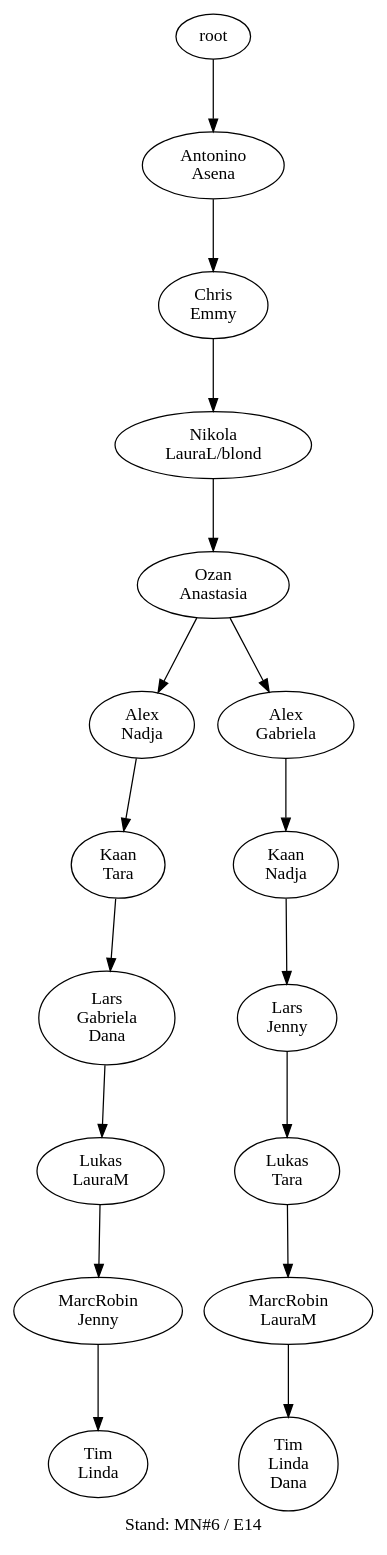
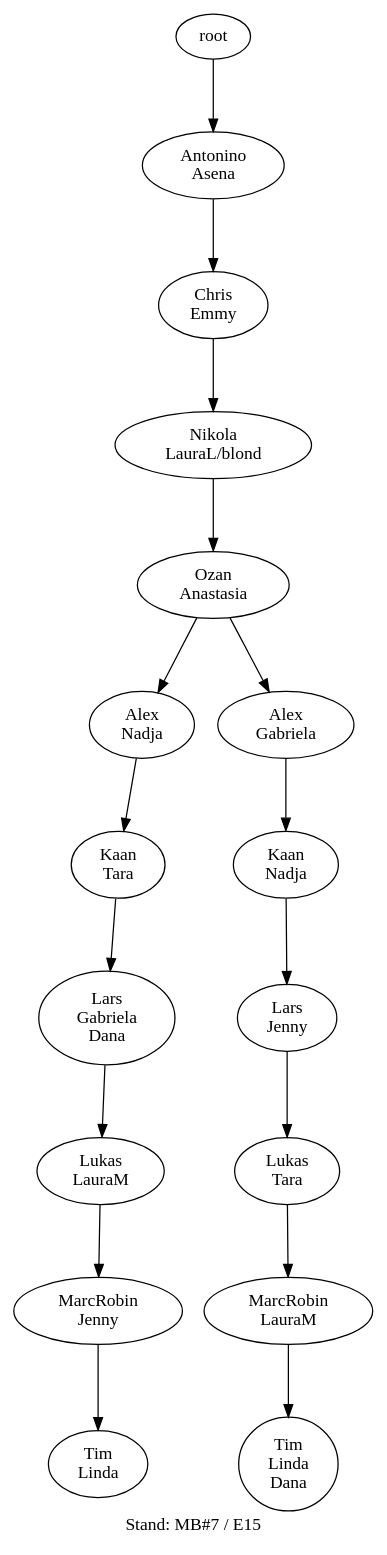
One commit to atticus-sullivan/sim-ayto changed the diagram in data/de04r/de04r_13_tree.dot. Above: the diagram before and after it, drawn with Graphviz. The commit also changed 88 other files, not shown here.

```diff
--- a/data/de04r/de04r_13_tree.dot
+++ b/data/de04r/de04r_13_tree.dot
@@ -1,34 +1,34 @@
-digraph D { labelloc="b"; label="Stand: MN#6 / E14"; ranksep=0.8;
+digraph D { labelloc="b"; label="Stand: MB#7 / E15"; ranksep=0.8;
 "root/1"[label="Antonino\nAsena"]
 "root" -> "root/1";
 "root/1/2"[label="Chris\nEmmy"]
 "root/1" -> "root/1/2";
 "root/1/2/5"[label="Nikola\nLauraL/blond"]
 "root/1/2" -> "root/1/2/5";
 "root/1/2/5/0"[label="Ozan\nAnastasia"]
 "root/1/2/5" -> "root/1/2/5/0";
 "root/1/2/5/0/8"[label="Alex\nNadja"]
 "root/1/2/5/0" -> "root/1/2/5/0/8";
 "root/1/2/5/0/8/9"[label="Kaan\nTara"]
 "root/1/2/5/0/8" -> "root/1/2/5/0/8/9";
 "root/1/2/5/0/8/9/3,10"[label="Lars\nGabriela\nDana"]
 "root/1/2/5/0/8/9" -> "root/1/2/5/0/8/9/3,10";
 "root/1/2/5/0/8/9/3,10/6"[label="Lukas\nLauraM"]
 "root/1/2/5/0/8/9/3,10" -> "root/1/2/5/0/8/9/3,10/6";
 "root/1/2/5/0/8/9/3,10/6/4"[label="MarcRobin\nJenny"]
 "root/1/2/5/0/8/9/3,10/6" -> "root/1/2/5/0/8/9/3,10/6/4";
 "root/1/2/5/0/8/9/3,10/6/4/7"[label="Tim\nLinda"]
 "root/1/2/5/0/8/9/3,10/6/4" -> "root/1/2/5/0/8/9/3,10/6/4/7";
 "root/1/2/5/0/3"[label="Alex\nGabriela"]
 "root/1/2/5/0" -> "root/1/2/5/0/3";
 "root/1/2/5/0/3/8"[label="Kaan\nNadja"]
 "root/1/2/5/0/3" -> "root/1/2/5/0/3/8";
 "root/1/2/5/0/3/8/4"[label="Lars\nJenny"]
 "root/1/2/5/0/3/8" -> "root/1/2/5/0/3/8/4";
 "root/1/2/5/0/3/8/4/9"[label="Lukas\nTara"]
 "root/1/2/5/0/3/8/4" -> "root/1/2/5/0/3/8/4/9";
 "root/1/2/5/0/3/8/4/9/6"[label="MarcRobin\nLauraM"]
 "root/1/2/5/0/3/8/4/9" -> "root/1/2/5/0/3/8/4/9/6";
 "root/1/2/5/0/3/8/4/9/6/7,10"[label="Tim\nLinda\nDana"]
 "root/1/2/5/0/3/8/4/9/6" -> "root/1/2/5/0/3/8/4/9/6/7,10";
 }
```
